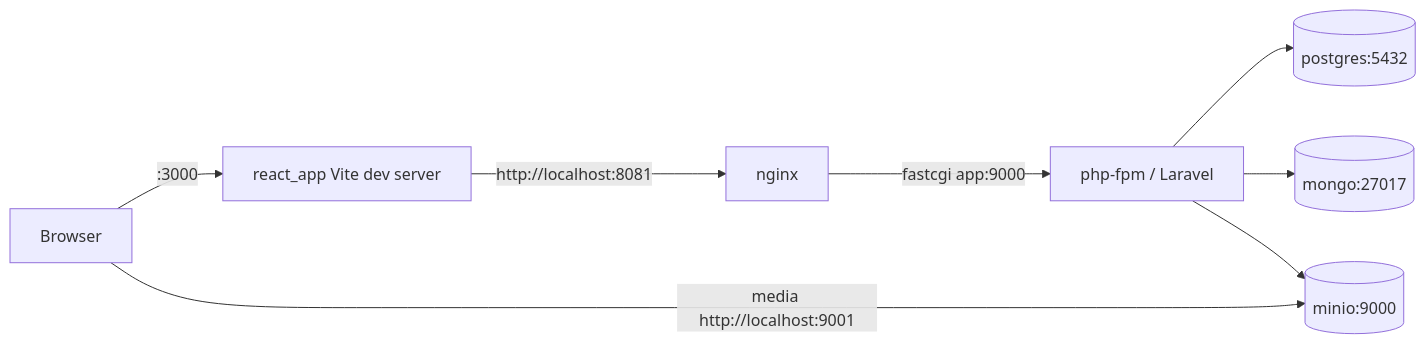
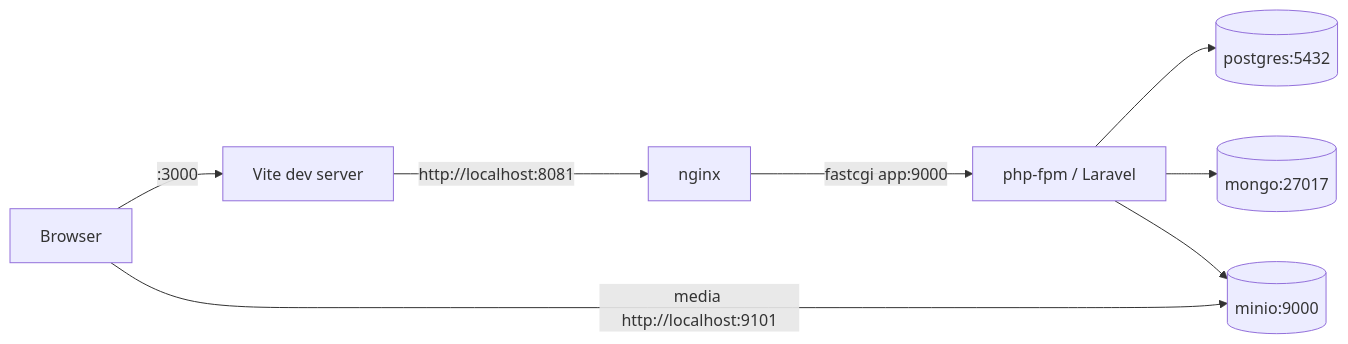
Before and after one commit to mjmconvento/save_furry_friend: the diagram in README.md, drawn with Mermaid. The commit also changed other lines of this file, not shown here.

````diff
--- a/README.md
+++ b/README.md
@@ -12,10 +12,10 @@
 ```mermaid
 graph LR
-  Browser -->|":3000"| React[react_app Vite dev server]
+  Browser -->|":3000"| React[Vite dev server]
   React -->|"http://localhost:8081"| Nginx[nginx]
   Nginx -->|"fastcgi app:9000"| App[php-fpm / Laravel]
   App --> PG[(postgres:5432)]
   App --> Mongo[(mongo:27017)]
   App --> Minio[(minio:9000)]
-  Browser -->|"media http://localhost:9001"| Minio
+  Browser -->|"media http://localhost:9101"| Minio
 ```
````
